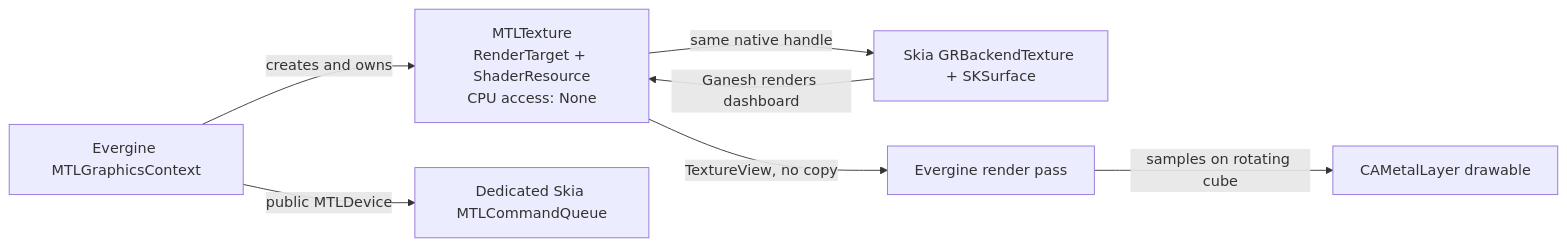
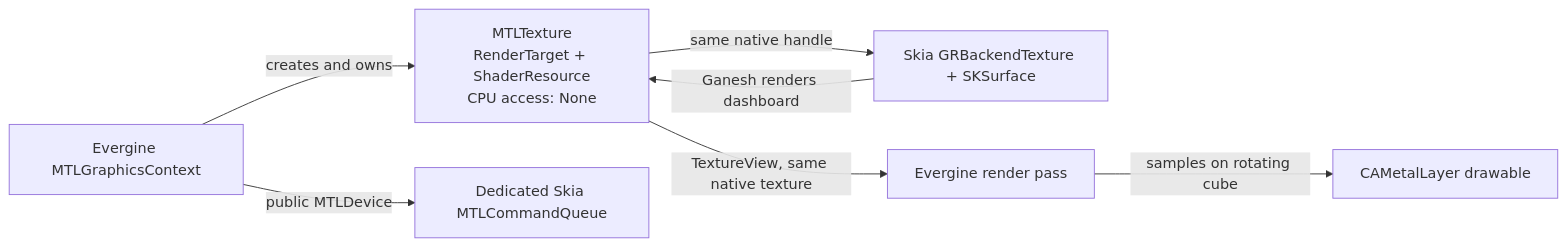
Before and after one commit to mattleibow/SkiaSharpGraphicsInteropSamples: the diagram in samples/EvergineMauiMetal/README.md, drawn with Mermaid. The commit also changed other lines of this file and 7 other files, not shown here.

````diff
--- a/samples/EvergineMauiMetal/README.md
+++ b/samples/EvergineMauiMetal/README.md
@@ -19,9 +22,9 @@
 ```mermaid
 flowchart LR
     E[Evergine MTLGraphicsContext] -->|creates and owns| T[MTLTexture<br/>RenderTarget + ShaderResource<br/>CPU access: None]
     E -->|public MTLDevice| Q[Dedicated Skia MTLCommandQueue]
     T -->|same native handle| S[Skia GRBackendTexture + SKSurface]
     S -->|Ganesh renders dashboard| T
-    T -->|TextureView, no copy| R[Evergine render pass]
+    T -->|TextureView, same native texture| R[Evergine render pass]
     R -->|samples on rotating cube| D[CAMetalLayer drawable]
 ```
````
